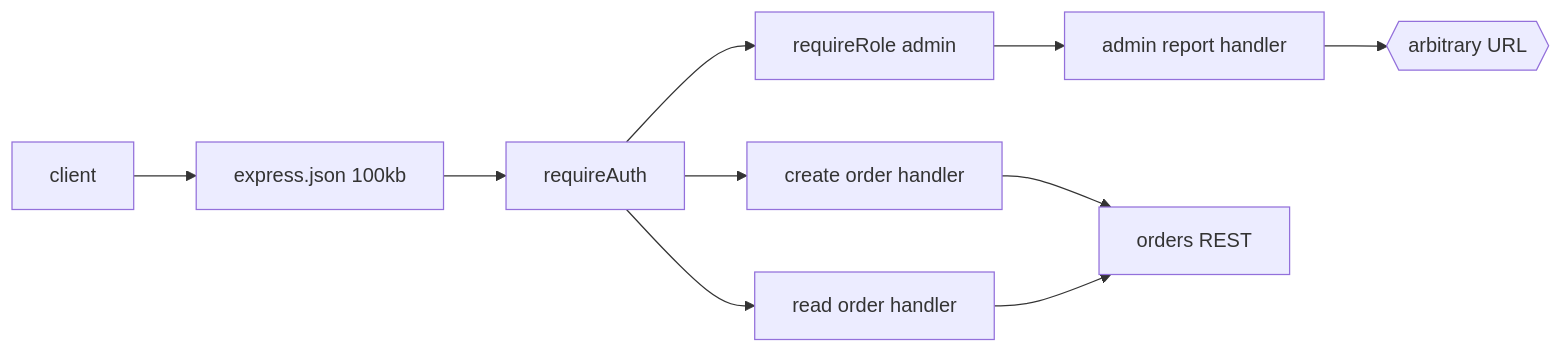
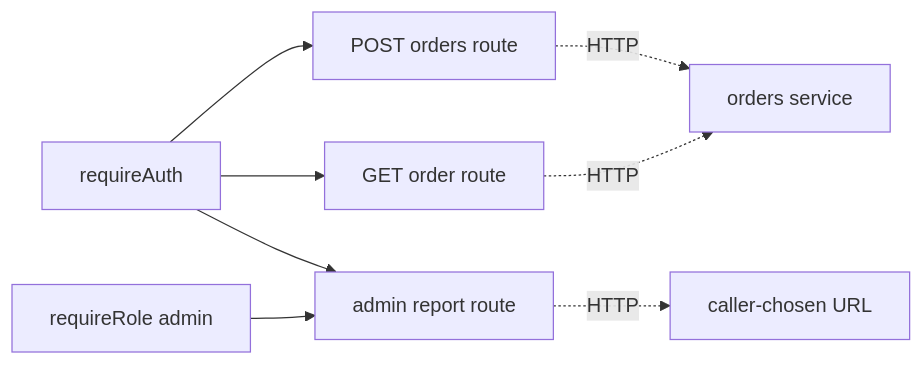
The diagram in examples/sample-output/repos/gateway/flows.md (RndU53r/Code-Knowledge-Builder), drawn with Mermaid before and after one commit. The commit also changed other lines of this file and 134 other files, not shown here.

````diff
--- a/examples/sample-output/repos/gateway/flows.md
+++ b/examples/sample-output/repos/gateway/flows.md
@@ -31,12 +36,10 @@
 ```mermaid
 flowchart LR
-  C["client"] --> MW["express.json 100kb"]
-  MW --> AU["requireAuth"]
-  AU --> RO["requireRole admin"]
-  AU --> H1["create order handler"]
-  AU --> H2["read order handler"]
-  RO --> H3["admin report handler"]
-  H1 --> OR["orders REST"]
-  H2 --> OR
-  H3 --> ANY{{"arbitrary URL"}}
+  A["requireAuth"] --> B["POST orders route"]
+  A --> C["GET order route"]
+  A --> D["admin report route"]
+  E["requireRole admin"] --> D
+  B -.->|"HTTP"| F["orders service"]
+  C -.->|"HTTP"| F
+  D -.->|"HTTP"| G["caller-chosen URL"]
 ```
````
